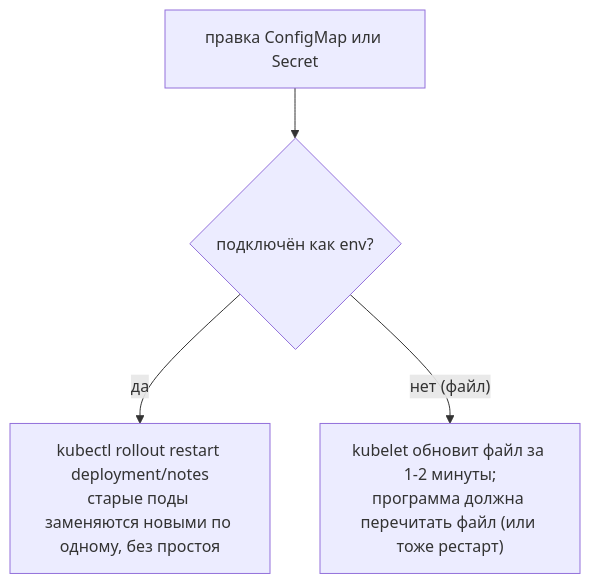
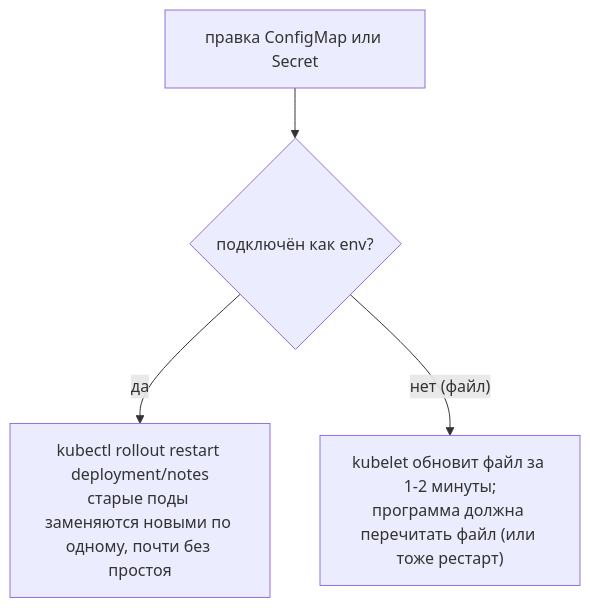
Before and after one commit to distinguished-sre/learning: the third of 3 diagrams in devops/05-kubernetes/06-config-secrets.md, drawn with Mermaid. The commit also changed other lines of this file and 462 other files, not shown here.

````diff
--- a/devops/05-kubernetes/06-config-secrets.md
+++ b/devops/05-kubernetes/06-config-secrets.md
@@ -450,6 +370,6 @@
 ```mermaid
 flowchart TD
     A["правка ConfigMap или Secret"] --> B{"подключён как env?"}
-    B -->|да| C["kubectl rollout restart deployment/notes<br>старые поды заменяются новыми по одному, без простоя"]
+    B -->|да| C["kubectl rollout restart deployment/notes<br>старые поды заменяются новыми по одному, почти без простоя"]
     B -->|"нет (файл)"| D["kubelet обновит файл за 1-2 минуты;<br>программа должна перечитать файл (или тоже рестарт)"]
 ```
````
